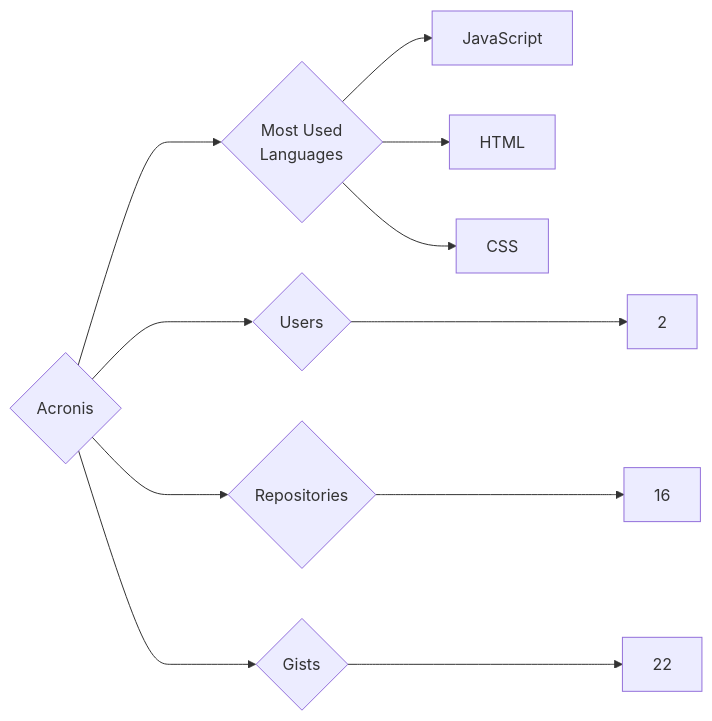
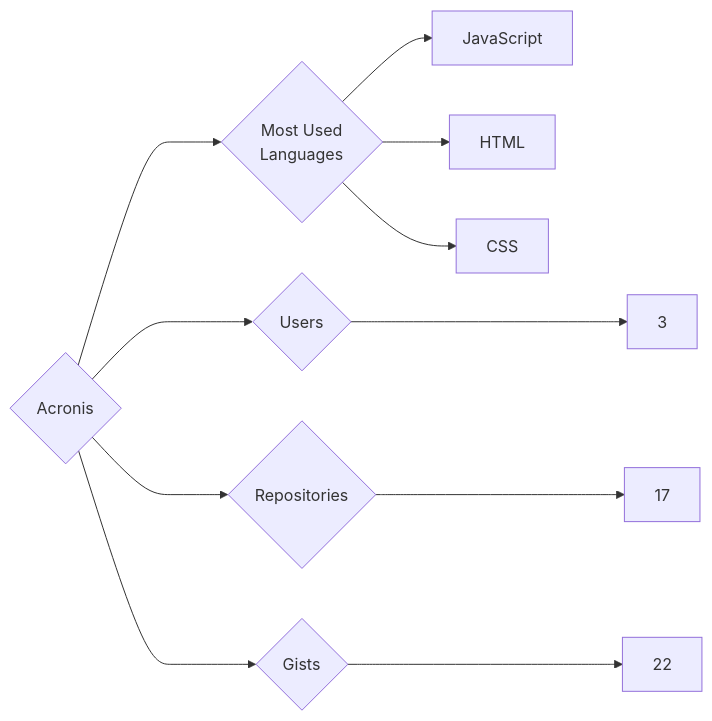
Before and after one commit to trickest/insiders: the diagram in targets/Acronis/README.md, drawn with Mermaid. The commit also changed 1092 other files, not shown here.

````diff
--- a/targets/Acronis/README.md
+++ b/targets/Acronis/README.md
@@ -3,11 +3,11 @@
 ```mermaid
 graph LR
 COMPANY_NAME{Acronis}
-COMPANY_NAME ---> U{Users} ---> UN[2]
-COMPANY_NAME ---> R{Repositories} ---> RN[16]
+COMPANY_NAME ---> U{Users} ---> UN[3]
+COMPANY_NAME ---> R{Repositories} ---> RN[17]
 COMPANY_NAME ---> G{Gists} ---> GN[22]
 COMPANY_NAME ---> ML{Most Used<br>Languages}
 ML --> JavaScript[JavaScript]
 ML --> HTML[HTML]
 ML --> CSS[CSS]
 ```
````
